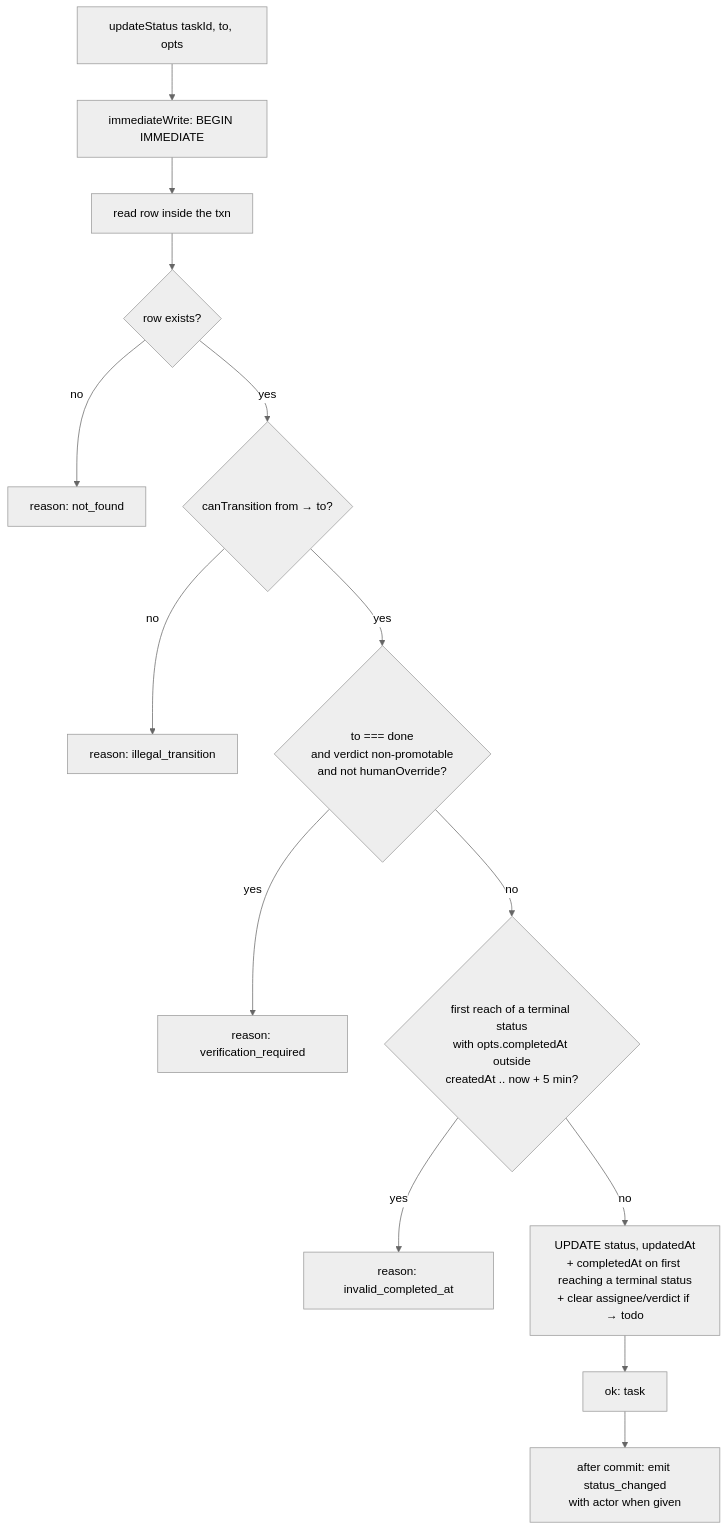
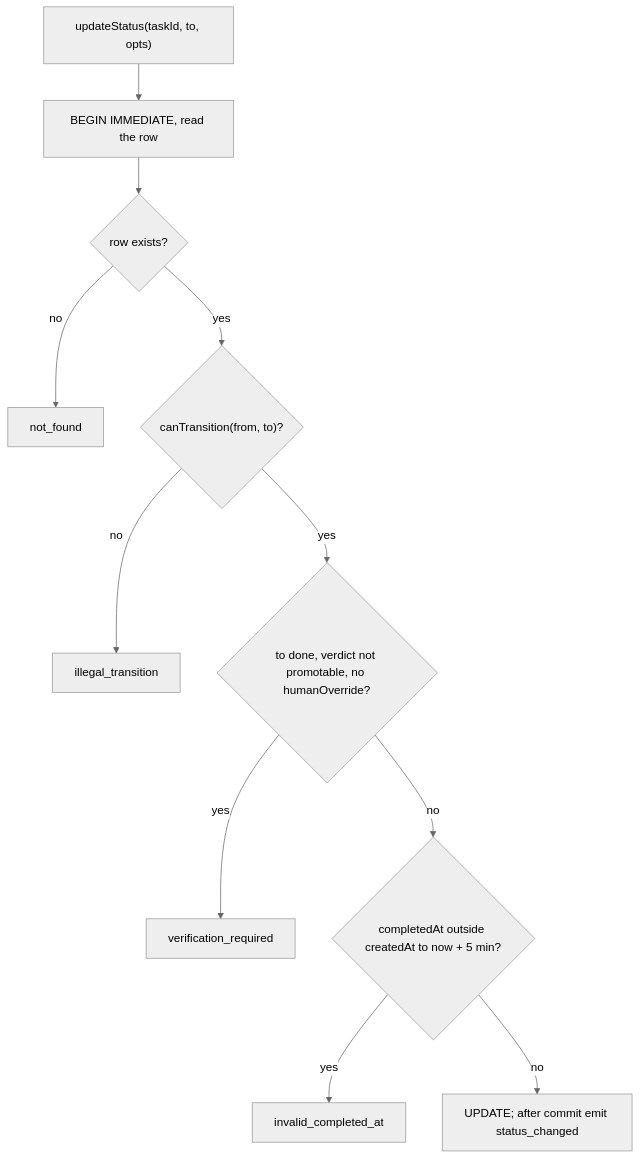
Before and after one commit to clawboo/clawboo: the diagram in docs/internals/board-internals.md, drawn with Mermaid (neutral theme). The commit also changed other lines of this file and 81 other files, not shown here.

````diff
--- a/docs/internals/board-internals.md
+++ b/docs/internals/board-internals.md
@@ -42,16 +49,13 @@
 ```mermaid
 flowchart TD
-    A[updateStatus taskId, to, opts] --> B[immediateWrite: BEGIN IMMEDIATE]
-    B --> C[read row inside the txn]
-    C --> D{row exists?}
-    D -->|no| RNF[reason: not_found]
-    D -->|yes| E{canTransition from → to?}
-    E -->|no| RIL[reason: illegal_transition]
-    E -->|yes| F{to === done<br/>and verdict non-promotable<br/>and not humanOverride?}
-    F -->|yes| RVR[reason: verification_required]
-    F -->|no| CA{first reach of a terminal status<br/>with opts.completedAt outside<br/>createdAt .. now + 5 min?}
-    CA -->|yes| RCA[reason: invalid_completed_at]
-    CA -->|no| G[UPDATE status, updatedAt<br/>+ completedAt on first reaching a terminal status<br/>+ clear assignee/verdict if → todo]
-    G --> H[ok: task]
-    H --> EV[after commit: emit status_changed<br/>with actor when given]
+    A["updateStatus(taskId, to, opts)"] --> B["BEGIN IMMEDIATE, read the row"]
+    B --> D{row exists?}
+    D -->|no| RNF[not_found]
+    D -->|yes| E{"canTransition(from, to)?"}
+    E -->|no| RIL[illegal_transition]
+    E -->|yes| F{"to done, verdict not promotable, no humanOverride?"}
+    F -->|yes| RVR[verification_required]
+    F -->|no| CA{"completedAt outside createdAt to now + 5 min?"}
+    CA -->|yes| RCA[invalid_completed_at]
+    CA -->|no| G["UPDATE; after commit emit status_changed"]
 ```
````
